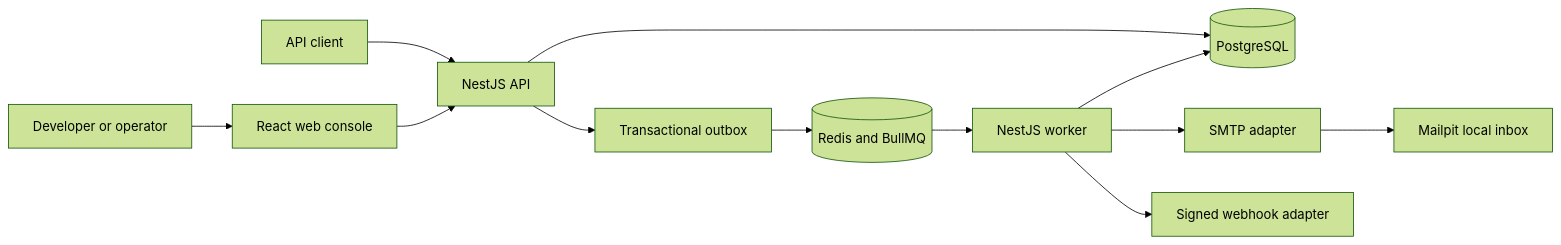
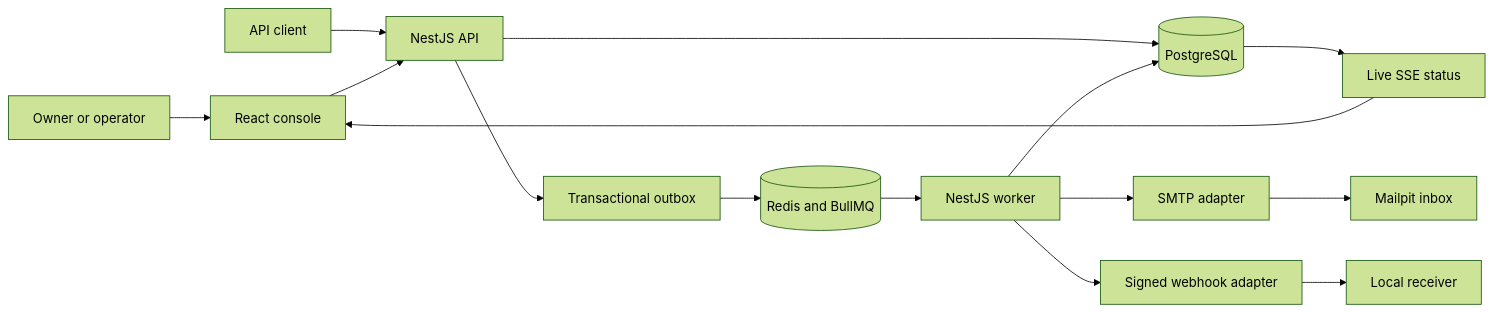
The diagram in README.md (abiekaputra/zapx), drawn with Mermaid (forest theme) before and after one commit. The commit also changed other lines of this file and 72 other files, not shown here.

````diff
--- a/README.md
+++ b/README.md
@@ -46,14 +20,17 @@
 ```mermaid
 flowchart LR
-    User[Developer or operator] --> Web[React web console]
+    User[Owner or operator] --> Web[React console]
     Client[API client] --> API[NestJS API]
     Web --> API
     API --> DB[(PostgreSQL)]
     API --> Outbox[Transactional outbox]
     Outbox --> Queue[(Redis and BullMQ)]
     Queue --> Worker[NestJS worker]
     Worker --> SMTP[SMTP adapter]
-    Worker --> Webhook[Signed webhook adapter]
-    SMTP --> Mailpit[Mailpit local inbox]
+    Worker --> Hook[Signed webhook adapter]
+    SMTP --> Mailpit[Mailpit inbox]
+    Hook --> Receiver[Local receiver]
     Worker --> DB
+    DB --> SSE[Live SSE status]
+    SSE --> Web
 ```
````
